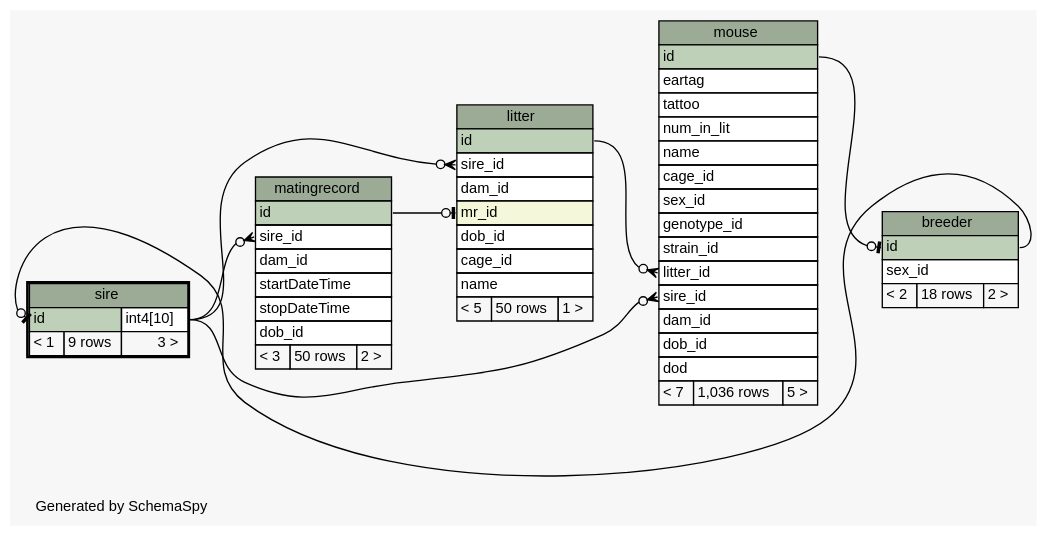
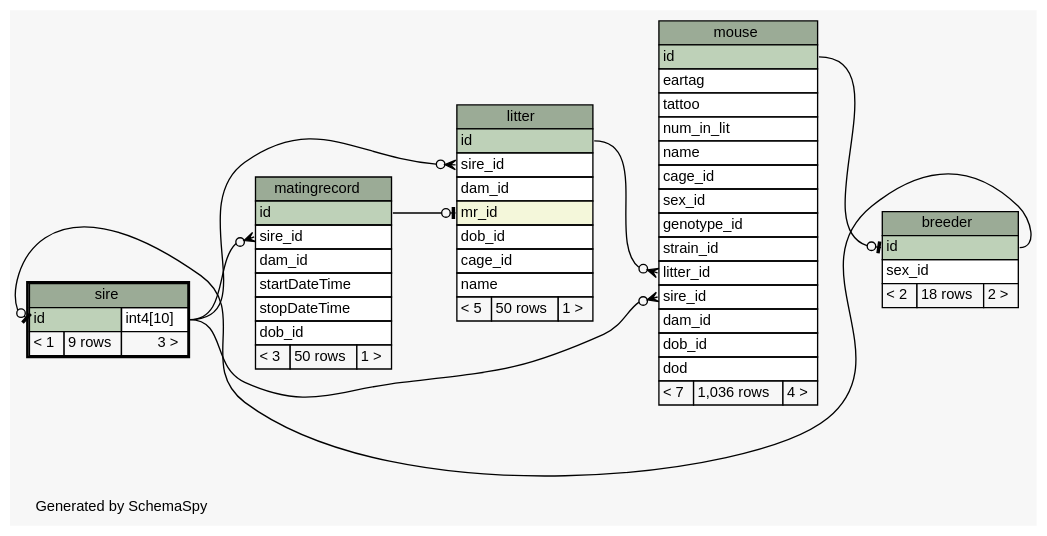
The diagram in database/ss/diagrams/sire.1degree.dot (tgbugs/mlab), drawn with Graphviz before and after one commit. The commit also changed 185 other files, not shown here.

```diff
--- a/database/ss/diagrams/sire.1degree.dot
+++ b/database/ss/diagrams/sire.1degree.dot
@@ -1,104 +1,104 @@
 // dot 2.32.0 on Windows 7 6.1
 // SchemaSpy rev 590
 digraph "oneDegreeRelationshipsDiagram" {
   graph [
     rankdir="RL"
     bgcolor="#f7f7f7"
     label="\nGenerated by SchemaSpy"
     labeljust="l"
     nodesep="0.18"
     ranksep="0.46"
     fontname="Helvetica"
     fontsize="11"
   ];
   node [
     fontname="Helvetica"
     fontsize="11"
     shape="plaintext"
   ];
   edge [
     arrowsize="0.8"
   ];
   "breeder":"id":w -> "mouse":"id":e [arrowhead=none dir=back arrowtail=teeodot];
   "litter":"mr_id":w -> "matingrecord":"id":e [arrowhead=none dir=back arrowtail=teeodot];
   "litter":"sire_id":w -> "sire":"id.type":e [arrowhead=none dir=back arrowtail=crowodot];
   "matingrecord":"sire_id":w -> "sire":"id.type":e [arrowhead=none dir=back arrowtail=crowodot];
   "mouse":"litter_id":w -> "litter":"id":e [arrowhead=none dir=back arrowtail=crowodot];
   "mouse":"sire_id":w -> "sire":"id.type":e [arrowhead=none dir=back arrowtail=crowodot];
   "sire":"id":w -> "breeder":"id":e [arrowhead=none dir=back arrowtail=teeodot];
   "breeder" [
     label=<
     <TABLE BORDER="0" CELLBORDER="1" CELLSPACING="0" BGCOLOR="#ffffff">
       <TR><TD COLSPAN="3" BGCOLOR="#9bab96" ALIGN="CENTER">breeder</TD></TR>
       <TR><TD PORT="id" COLSPAN="3" BGCOLOR="#bed1b8" ALIGN="LEFT">id</TD></TR>
       <TR><TD PORT="sex_id" COLSPAN="3" ALIGN="LEFT">sex_id</TD></TR>
       <TR><TD ALIGN="LEFT" BGCOLOR="#f7f7f7">&lt; 2</TD><TD ALIGN="RIGHT" BGCOLOR="#f7f7f7">18 rows</TD><TD ALIGN="RIGHT" BGCOLOR="#f7f7f7">2 &gt;</TD></TR>
     </TABLE>>
     URL="breeder.html"
     tooltip="breeder"
   ];
   "litter" [
     label=<
     <TABLE BORDER="0" CELLBORDER="1" CELLSPACING="0" BGCOLOR="#ffffff">
       <TR><TD COLSPAN="3" BGCOLOR="#9bab96" ALIGN="CENTER">litter</TD></TR>
       <TR><TD PORT="id" COLSPAN="3" BGCOLOR="#bed1b8" ALIGN="LEFT">id</TD></TR>
       <TR><TD PORT="sire_id" COLSPAN="3" ALIGN="LEFT">sire_id</TD></TR>
       <TR><TD PORT="dam_id" COLSPAN="3" ALIGN="LEFT">dam_id</TD></TR>
       <TR><TD PORT="mr_id" COLSPAN="3" BGCOLOR="#f4f7da" ALIGN="LEFT">mr_id</TD></TR>
       <TR><TD PORT="dob_id" COLSPAN="3" ALIGN="LEFT">dob_id</TD></TR>
       <TR><TD PORT="cage_id" COLSPAN="3" ALIGN="LEFT">cage_id</TD></TR>
       <TR><TD PORT="name" COLSPAN="3" ALIGN="LEFT">name</TD></TR>
       <TR><TD ALIGN="LEFT" BGCOLOR="#f7f7f7">&lt; 5</TD><TD ALIGN="RIGHT" BGCOLOR="#f7f7f7">50 rows</TD><TD ALIGN="RIGHT" BGCOLOR="#f7f7f7">1 &gt;</TD></TR>
     </TABLE>>
     URL="litter.html"
     tooltip="litter"
   ];
   "matingrecord" [
     label=<
     <TABLE BORDER="0" CELLBORDER="1" CELLSPACING="0" BGCOLOR="#ffffff">
       <TR><TD COLSPAN="3" BGCOLOR="#9bab96" ALIGN="CENTER">matingrecord</TD></TR>
       <TR><TD PORT="id" COLSPAN="3" BGCOLOR="#bed1b8" ALIGN="LEFT">id</TD></TR>
       <TR><TD PORT="sire_id" COLSPAN="3" ALIGN="LEFT">sire_id</TD></TR>
       <TR><TD PORT="dam_id" COLSPAN="3" ALIGN="LEFT">dam_id</TD></TR>
       <TR><TD PORT="startDateTime" COLSPAN="3" ALIGN="LEFT">startDateTime</TD></TR>
       <TR><TD PORT="stopDateTime" COLSPAN="3" ALIGN="LEFT">stopDateTime</TD></TR>
       <TR><TD PORT="dob_id" COLSPAN="3" ALIGN="LEFT">dob_id</TD></TR>
-      <TR><TD ALIGN="LEFT" BGCOLOR="#f7f7f7">&lt; 3</TD><TD ALIGN="RIGHT" BGCOLOR="#f7f7f7">50 rows</TD><TD ALIGN="RIGHT" BGCOLOR="#f7f7f7">2 &gt;</TD></TR>
+      <TR><TD ALIGN="LEFT" BGCOLOR="#f7f7f7">&lt; 3</TD><TD ALIGN="RIGHT" BGCOLOR="#f7f7f7">50 rows</TD><TD ALIGN="RIGHT" BGCOLOR="#f7f7f7">1 &gt;</TD></TR>
     </TABLE>>
     URL="matingrecord.html"
     tooltip="matingrecord"
   ];
   "mouse" [
     label=<
     <TABLE BORDER="0" CELLBORDER="1" CELLSPACING="0" BGCOLOR="#ffffff">
       <TR><TD COLSPAN="3" BGCOLOR="#9bab96" ALIGN="CENTER">mouse</TD></TR>
       <TR><TD PORT="id" COLSPAN="3" BGCOLOR="#bed1b8" ALIGN="LEFT">id</TD></TR>
       <TR><TD PORT="eartag" COLSPAN="3" ALIGN="LEFT">eartag</TD></TR>
       <TR><TD PORT="tattoo" COLSPAN="3" ALIGN="LEFT">tattoo</TD></TR>
       <TR><TD PORT="num_in_lit" COLSPAN="3" ALIGN="LEFT">num_in_lit</TD></TR>
       <TR><TD PORT="name" COLSPAN="3" ALIGN="LEFT">name</TD></TR>
       <TR><TD PORT="cage_id" COLSPAN="3" ALIGN="LEFT">cage_id</TD></TR>
       <TR><TD PORT="sex_id" COLSPAN="3" ALIGN="LEFT">sex_id</TD></TR>
       <TR><TD PORT="genotype_id" COLSPAN="3" ALIGN="LEFT">genotype_id</TD></TR>
       <TR><TD PORT="strain_id" COLSPAN="3" ALIGN="LEFT">strain_id</TD></TR>
       <TR><TD PORT="litter_id" COLSPAN="3" ALIGN="LEFT">litter_id</TD></TR>
       <TR><TD PORT="sire_id" COLSPAN="3" ALIGN="LEFT">sire_id</TD></TR>
       <TR><TD PORT="dam_id" COLSPAN="3" ALIGN="LEFT">dam_id</TD></TR>
       <TR><TD PORT="dob_id" COLSPAN="3" ALIGN="LEFT">dob_id</TD></TR>
       <TR><TD PORT="dod" COLSPAN="3" ALIGN="LEFT">dod</TD></TR>
-      <TR><TD ALIGN="LEFT" BGCOLOR="#f7f7f7">&lt; 7</TD><TD ALIGN="RIGHT" BGCOLOR="#f7f7f7">1,036 rows</TD><TD ALIGN="RIGHT" BGCOLOR="#f7f7f7">5 &gt;</TD></TR>
+      <TR><TD ALIGN="LEFT" BGCOLOR="#f7f7f7">&lt; 7</TD><TD ALIGN="RIGHT" BGCOLOR="#f7f7f7">1,036 rows</TD><TD ALIGN="RIGHT" BGCOLOR="#f7f7f7">4 &gt;</TD></TR>
     </TABLE>>
     URL="mouse.html"
     tooltip="mouse"
   ];
   "sire" [
     label=<
     <TABLE BORDER="2" CELLBORDER="1" CELLSPACING="0" BGCOLOR="#ffffff">
       <TR><TD COLSPAN="3" BGCOLOR="#9bab96" ALIGN="CENTER">sire</TD></TR>
       <TR><TD PORT="id" COLSPAN="2" BGCOLOR="#bed1b8" ALIGN="LEFT">id</TD><TD PORT="id.type" ALIGN="LEFT">int4[10]</TD></TR>
       <TR><TD ALIGN="LEFT" BGCOLOR="#f7f7f7">&lt; 1</TD><TD ALIGN="RIGHT" BGCOLOR="#f7f7f7">9 rows</TD><TD ALIGN="RIGHT" BGCOLOR="#f7f7f7">3 &gt;</TD></TR>
     </TABLE>>
     URL="sire.html"
     tooltip="sire"
   ];
 }
```
